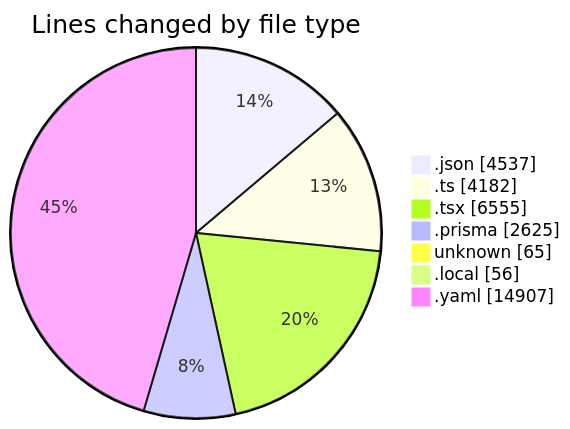
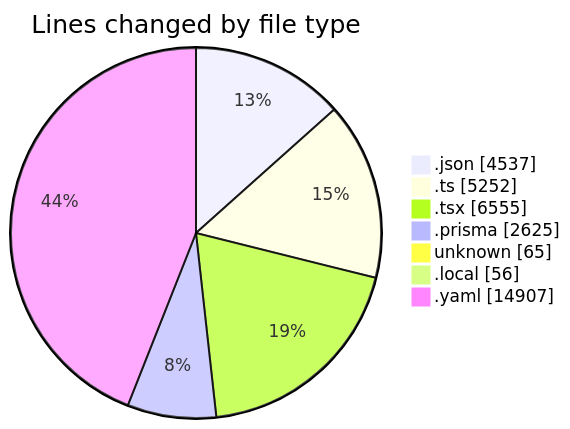
Before and after one commit to CELIANVF/code-tracking: the first of 2 diagrams in 2025-05-15/ecodeli-1/README.md, drawn with Mermaid. The commit also changed other lines of this file and 1 other file, not shown here.

````diff
--- a/2025-05-15/ecodeli-1/README.md
+++ b/2025-05-15/ecodeli-1/README.md
@@ -54,11 +55,11 @@
 ```mermaid
 pie showData
 title Lines changed by file type
 ".json" : 4537
-".ts" : 4182
+".ts" : 5252
 ".tsx" : 6555
 ".prisma" : 2625
 "unknown" : 65
 ".local" : 56
 ".yaml" : 14907
 ```
````
